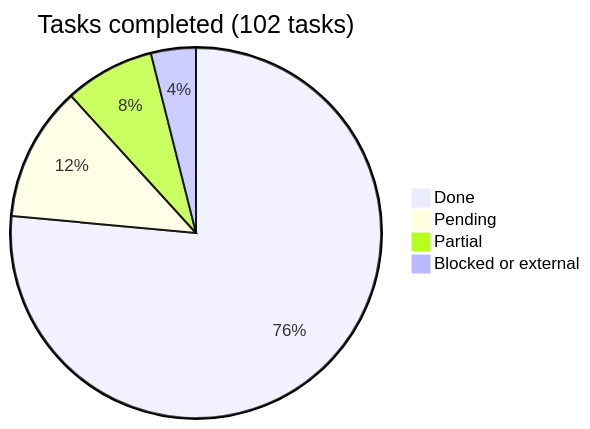
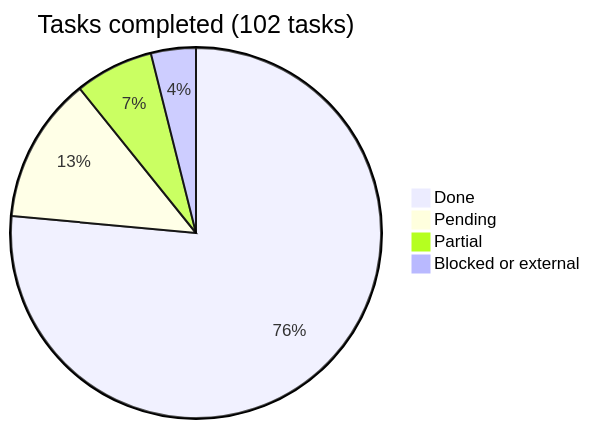
One commit to araguaney-lat/araguaney-app changed the diagram in docs/roadmap/README.md. Above: the diagram before and after it, drawn with Mermaid. The commit also changed other lines of this file and 15 other files, not shown here.

````diff
--- a/docs/roadmap/README.md
+++ b/docs/roadmap/README.md
@@ -16,7 +16,7 @@
 ```mermaid
 pie title Tasks completed (102 tasks)
     "Done" : 78
-    "Pending" : 12
-    "Partial" : 8
+    "Pending" : 13
+    "Partial" : 7
     "Blocked or external" : 4
 ```
````
